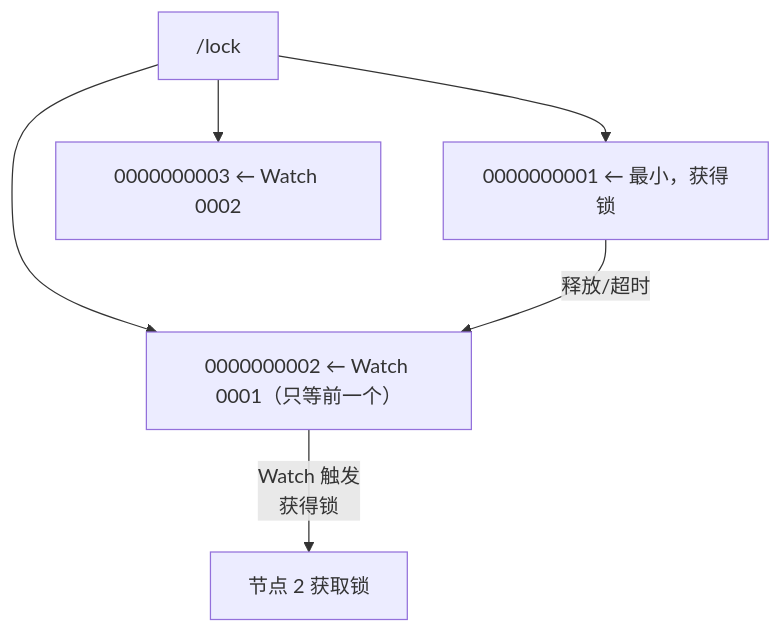
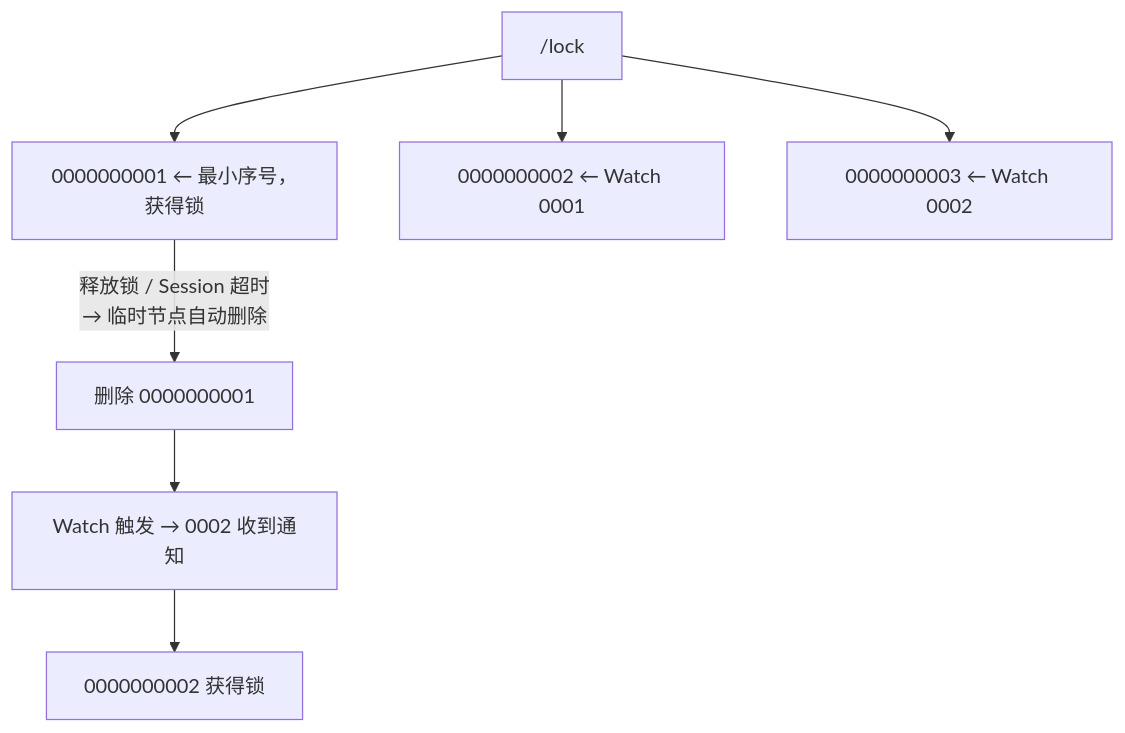
One commit to guozy502/my-tech-blog changed the first of 3 diagrams in content/posts/中间件/ZooKeeper 实践场景——分布式锁、配置中心、服务发现.md. Above: the diagram before and after it, drawn with Mermaid. The commit also changed other lines of this file and 93 other files, not shown here.

Commit message:
chore(blog): 调整图片

````diff
--- a/content/posts/中间件/ZooKeeper 实践场景——分布式锁、配置中心、服务发现.md
+++ b/content/posts/中间件/ZooKeeper 实践场景——分布式锁、配置中心、服务发现.md
@@ -20,10 +37,11 @@
 ```mermaid
 flowchart TD
     LOCK["/lock"]
-    LOCK --> N1["0000000001 ← 最小，获得锁"]
-    LOCK --> N2["0000000002 ← Watch 0001（只等前一个）"]
+    LOCK --> N1["0000000001 ← 最小序号，获得锁"]
+    LOCK --> N2["0000000002 ← Watch 0001"]
     LOCK --> N3["0000000003 ← Watch 0002"]
     
-    N1 -->|"释放/超时"| N2
-    N2 -->|"Watch 触发\n获得锁"| HOLD["节点 2 获取锁"]
+    N1 -->|"释放锁 / Session 超时\n→ 临时节点自动删除"| DEL["删除 0000000001"]
+    DEL --> NOTIFY["Watch 触发 → 0002 收到通知"]
+    NOTIFY --> HOLD["0000000002 获得锁"]
 ```
````
